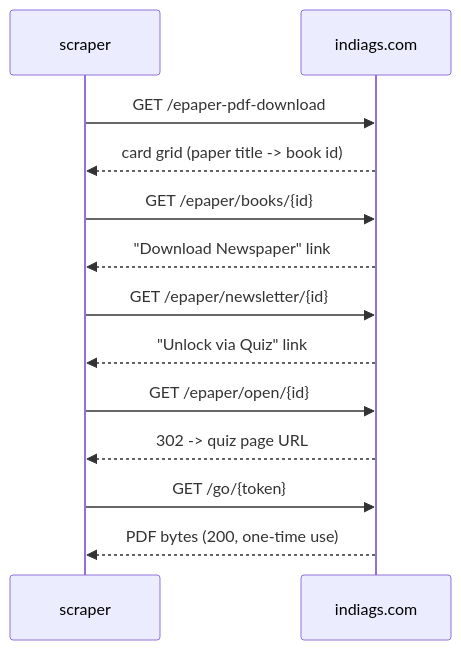
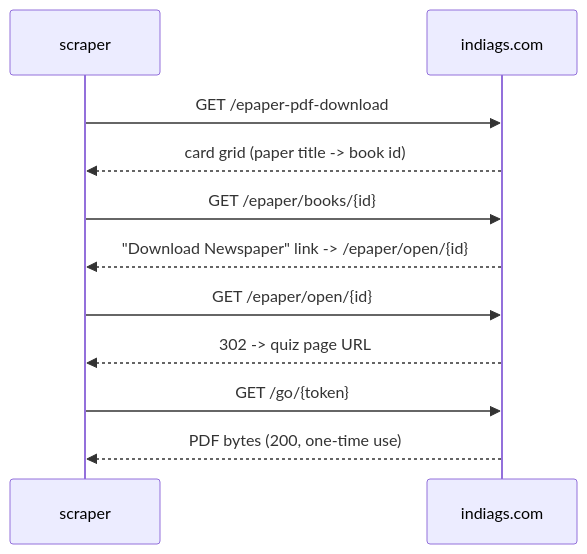
The second of 3 diagrams in README.md (mantavyam/epaper-automation), drawn with Mermaid before and after one commit. The commit also changed other lines of this file and 1 other file, not shown here.

First line of the commit message:
Follow indiags' direct book -> open link

````diff
--- a/README.md
+++ b/README.md
@@ -32,16 +32,14 @@
 ```mermaid
 sequenceDiagram
     participant S as scraper
     participant Site as indiags.com
 
     S->>Site: GET /epaper-pdf-download
     Site-->>S: card grid (paper title -> book id)
     S->>Site: GET /epaper/books/{id}
-    Site-->>S: "Download Newspaper" link
-    S->>Site: GET /epaper/newsletter/{id}
-    Site-->>S: "Unlock via Quiz" link
+    Site-->>S: "Download Newspaper" link -> /epaper/open/{id}
     S->>Site: GET /epaper/open/{id}
     Site-->>S: 302 -> quiz page URL#unlock=/go/{token}&exp={epoch}
     S->>Site: GET /go/{token}
     Site-->>S: PDF bytes (200, one-time use)
 ```
````
